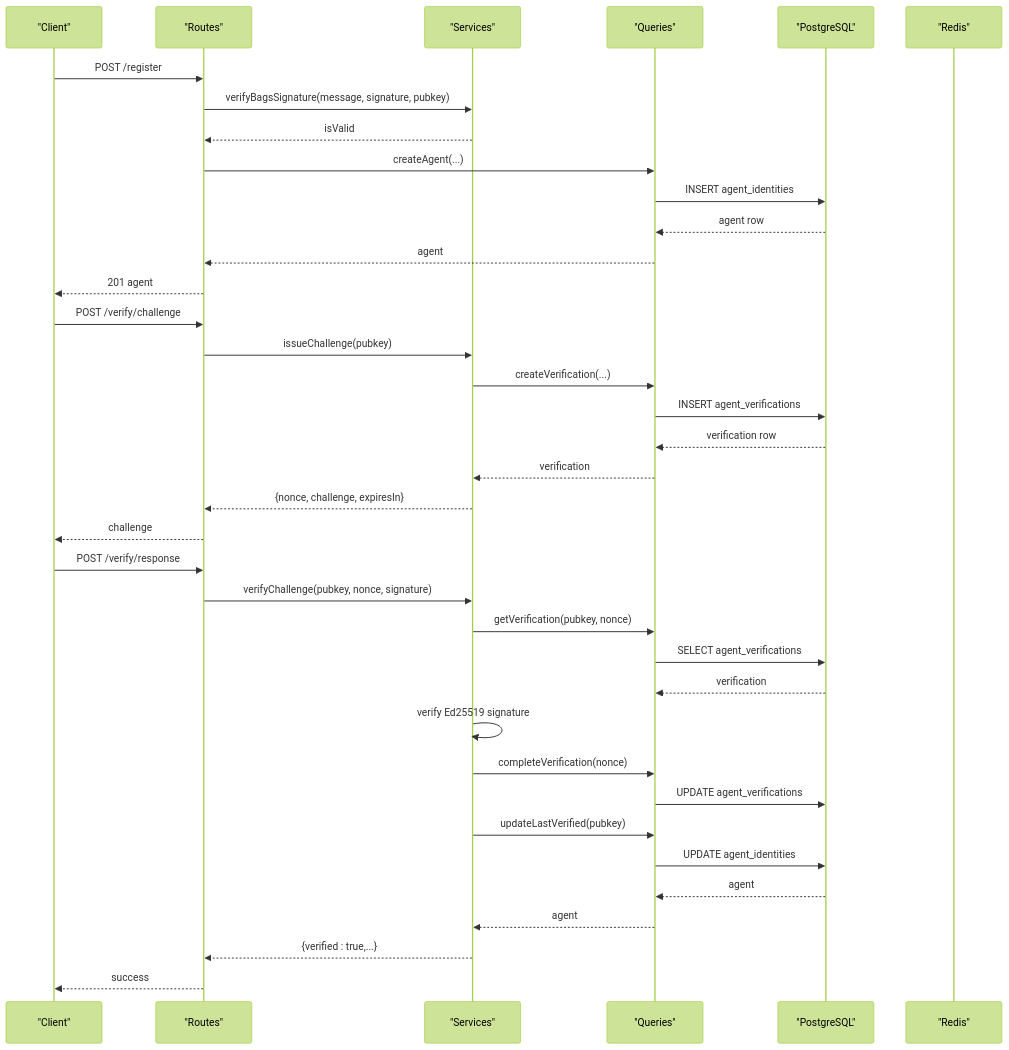
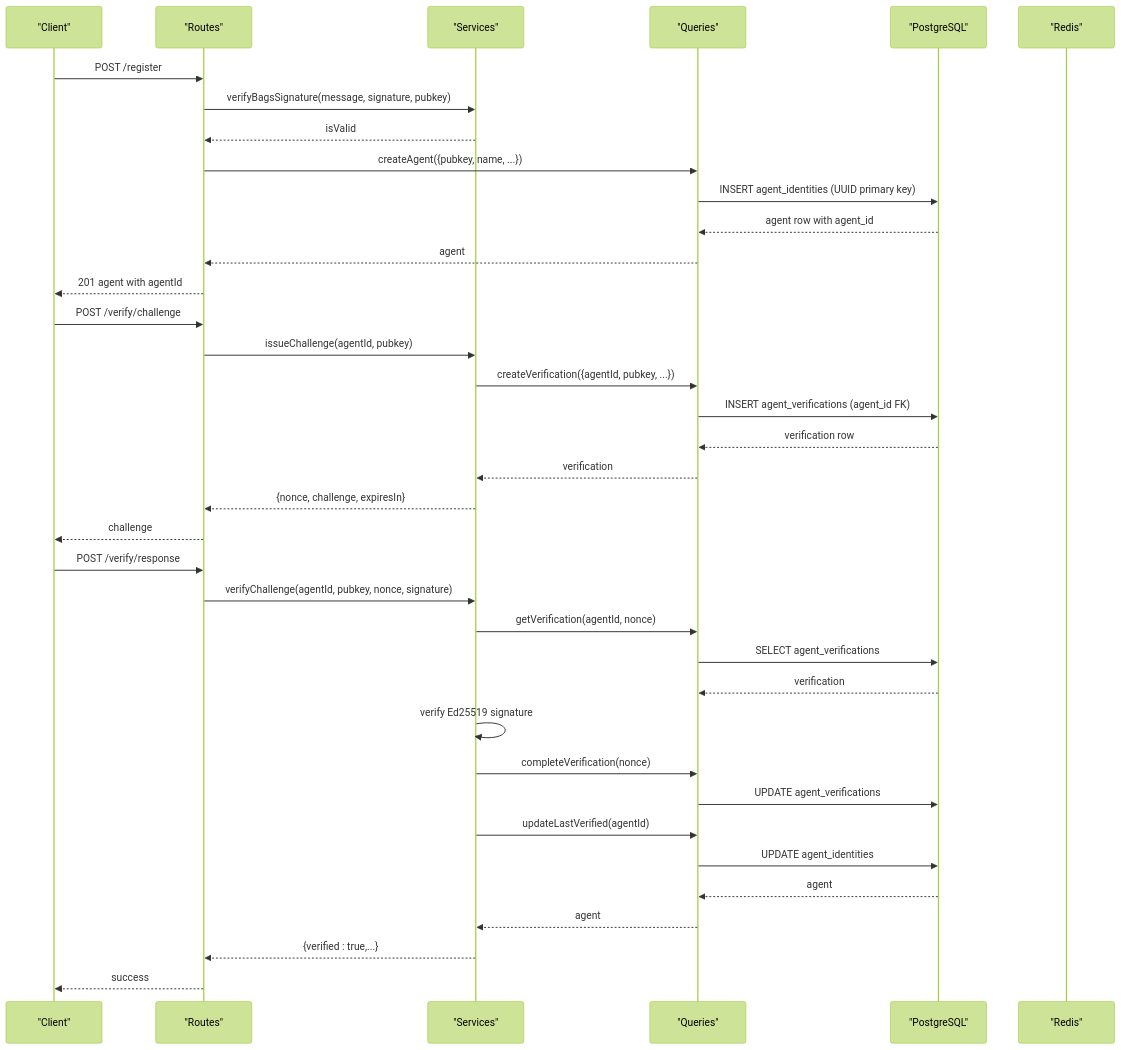
The second of 3 diagrams in .qoder/repowiki/en/content/Project Overview/Core Components/AgentID Database Record.md (RunTimeAdmin/AgentID), drawn with Mermaid (forest theme) before and after one commit. The commit also changed other lines of this file and 31 other files, not shown here.

````diff
--- a/.qoder/repowiki/en/content/Project Overview/Core Components/AgentID Database Record.md
+++ b/.qoder/repowiki/en/content/Project Overview/Core Components/AgentID Database Record.md
@@ -123,39 +133,39 @@
 ```mermaid
 sequenceDiagram
 participant Client as "Client"
 participant Routes as "Routes"
 participant Services as "Services"
 participant Queries as "Queries"
 participant DB as "PostgreSQL"
 participant Redis as "Redis"
 Client->>Routes : POST /register
 Routes->>Services : verifyBagsSignature(message, signature, pubkey)
 Services-->>Routes : isValid
-Routes->>Queries : createAgent(...)
-Queries->>DB : INSERT agent_identities
-DB-->>Queries : agent row
+Routes->>Queries : createAgent({pubkey, name, ...})
+Queries->>DB : INSERT agent_identities (UUID primary key)
+DB-->>Queries : agent row with agent_id
 Queries-->>Routes : agent
-Routes-->>Client : 201 agent
+Routes-->>Client : 201 agent with agentId
 Client->>Routes : POST /verify/challenge
-Routes->>Services : issueChallenge(pubkey)
-Services->>Queries : createVerification(...)
-Queries->>DB : INSERT agent_verifications
+Routes->>Services : issueChallenge(agentId, pubkey)
+Services->>Queries : createVerification({agentId, pubkey, ...})
+Queries->>DB : INSERT agent_verifications (agent_id FK)
 DB-->>Queries : verification row
 Queries-->>Services : verification
 Services-->>Routes : {nonce, challenge, expiresIn}
 Routes-->>Client : challenge
 Client->>Routes : POST /verify/response
-Routes->>Services : verifyChallenge(pubkey, nonce, signature)
-Services->>Queries : getVerification(pubkey, nonce)
+Routes->>Services : verifyChallenge(agentId, pubkey, nonce, signature)
+Services->>Queries : getVerification(agentId, nonce)
 Queries->>DB : SELECT agent_verifications
 DB-->>Queries : verification
 Services->>Services : verify Ed25519 signature
 Services->>Queries : completeVerification(nonce)
 Queries->>DB : UPDATE agent_verifications
-Services->>Queries : updateLastVerified(pubkey)
+Services->>Queries : updateLastVerified(agentId)
 Queries->>DB : UPDATE agent_identities
 DB-->>Queries : agent
 Queries-->>Services : agent
 Services-->>Routes : {verified : true,...}
 Routes-->>Client : success
 ```
````
